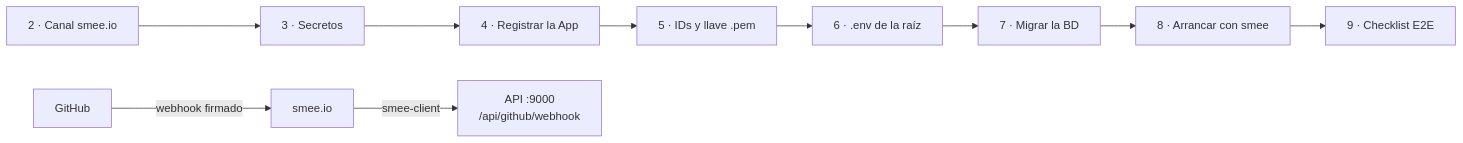
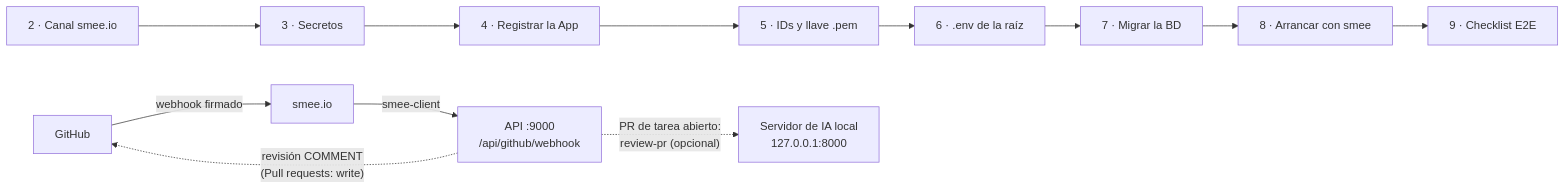
Before and after one commit to PabloP150/proyecto-is-cc6: the diagram in documentacion/07-guias/guia-github-app.md, drawn with Mermaid. The commit also changed other lines of this file and 204 other files, not shown here.

First line of the commit message:
docs: update all documentation, diagrams and PNGs to the test/e2e state

````diff
--- a/documentacion/07-guias/guia-github-app.md
+++ b/documentacion/07-guias/guia-github-app.md
@@ -12,12 +13,14 @@
 ```mermaid
 flowchart LR
     S2["2 · Canal smee.io"] --> S3["3 · Secretos"]
     S3 --> S4["4 · Registrar la App"]
     S4 --> S5["5 · IDs y llave .pem"]
     S5 --> S6["6 · .env de la raíz"]
     S6 --> S7["7 · Migrar la BD"]
     S7 --> S8["8 · Arrancar con smee"]
     S8 --> S9["9 · Checklist E2E"]
     GH["GitHub"] -->|"webhook firmado"| SMEE["smee.io"]
     SMEE -->|"smee-client"| API["API :9000<br/>/api/github/webhook"]
+    API -.->|"PR de tarea abierto:<br/>review-pr (opcional)"| AIS["Servidor de IA local<br/>127.0.0.1:8000"]
+    API -.->|"revisión COMMENT<br/>(Pull requests: write)"| GH
 ```
````
